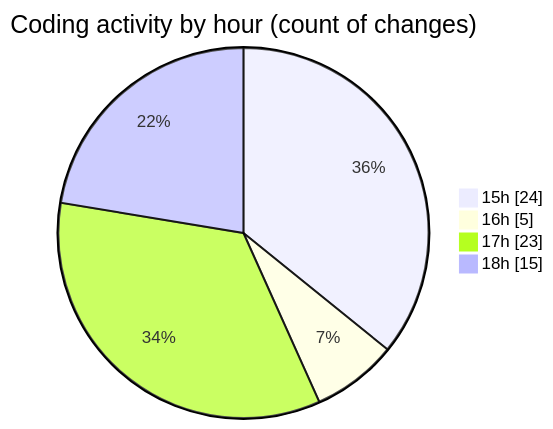
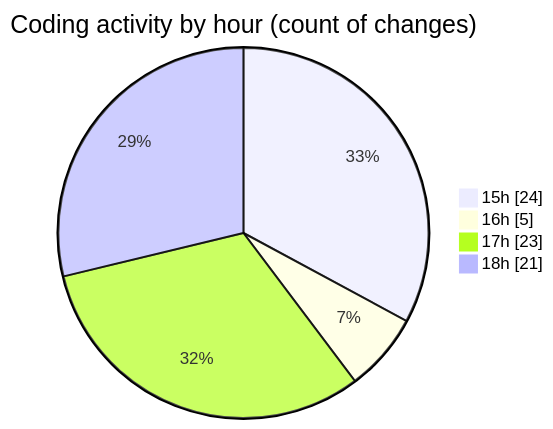
The second of 2 diagrams in 2025-08-02/tw-server/README.md (EIIisD/code-tracking), drawn with Mermaid before and after one commit. The commit also changed other lines of this file and 1 other file, not shown here.

````diff
--- a/2025-08-02/tw-server/README.md
+++ b/2025-08-02/tw-server/README.md
@@ -36,8 +36,8 @@
 ```mermaid
 pie showData
 title Coding activity by hour (count of changes)
 "15h" : 24
 "16h" : 5
 "17h" : 23
-"18h" : 15
+"18h" : 21
 ```
````
